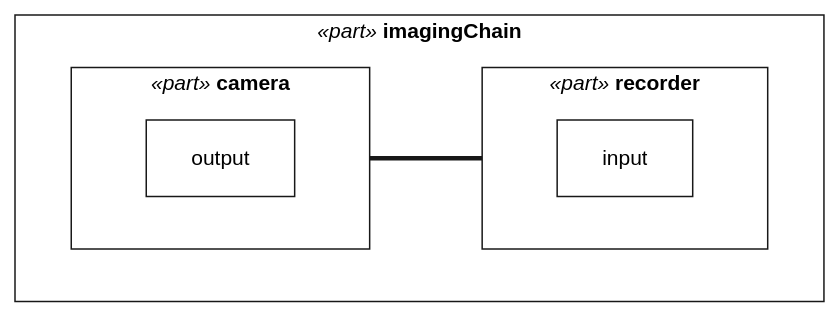
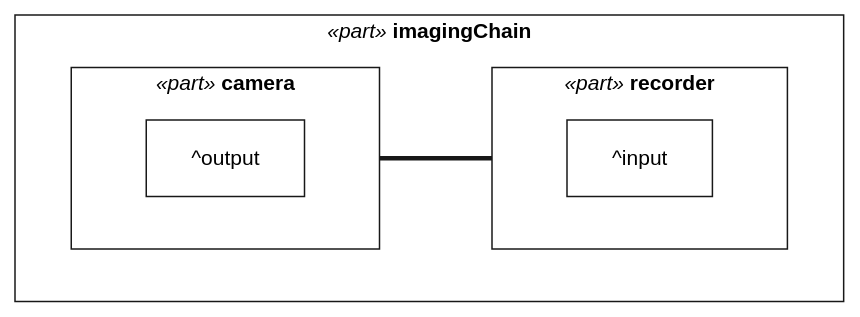
The first of 2 diagrams in docs/manual/examples/observatory.md (Open-MBEE/OpenSysML), drawn with Mermaid before and after one commit. The commit also changed 7 other files, not shown here.

````diff
--- a/docs/manual/examples/observatory.md
+++ b/docs/manual/examples/observatory.md
@@ -59,40 +59,40 @@
 ```mermaid
 ---
 config:
   fontFamily: "Helvetica, Arial, sans-serif"
   theme: base
   themeCSS: ".edgeLabel rect { opacity: 1 !important; } .cluster-label .nodeLabel { text-align: center; }"
   themeVariables:
     fontFamily: "Helvetica, Arial, sans-serif"
     fontSize: "14px"
     primaryColor: "#FFFFFF"
     secondaryColor: "#FFFFFF"
     tertiaryColor: "#FFFFFF"
     background: "#FFFFFF"
     primaryBorderColor: "#181818"
     primaryTextColor: "#000000"
     lineColor: "#181818"
     textColor: "#000000"
     noteBkgColor: "#FEFFDD"
     noteBorderColor: "#181818"
     noteTextColor: "#000000"
     clusterBkg: "#FFFFFF"
     clusterBorder: "#181818"
     edgeLabelBackground: "#FFFFFF"
 ---
 %% Observatory::interconnectView — interconnection rendering (render asInterconnectionDiagram)
 flowchart LR
   subgraph n0 ["`*«part»* **imagingChain**`"]
     direction LR
     subgraph n1 ["`*«part»* **camera**`"]
       direction LR
-      n1.0["output"]
+      n1.0["^output"]
     end
     subgraph n2 ["`*«part»* **recorder**`"]
       direction LR
-      n2.0["input"]
+      n2.0["^input"]
     end
   end
   n1.0 === n2.0
   linkStyle 0 stroke-width:3px
 ```
````
